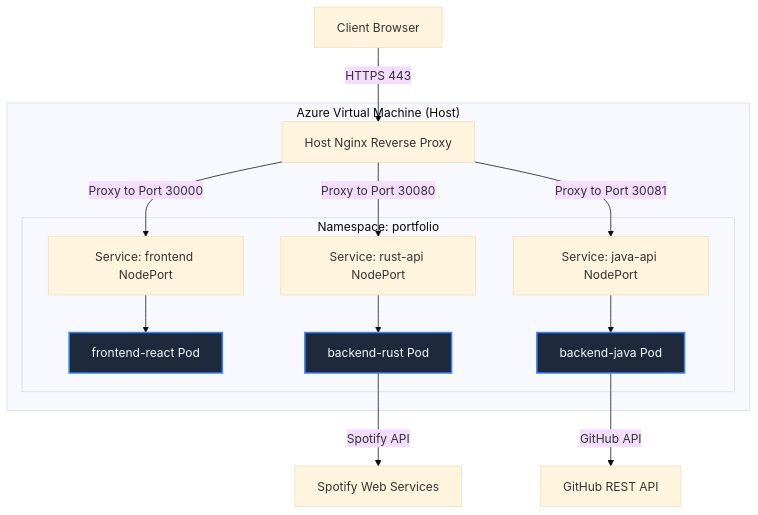
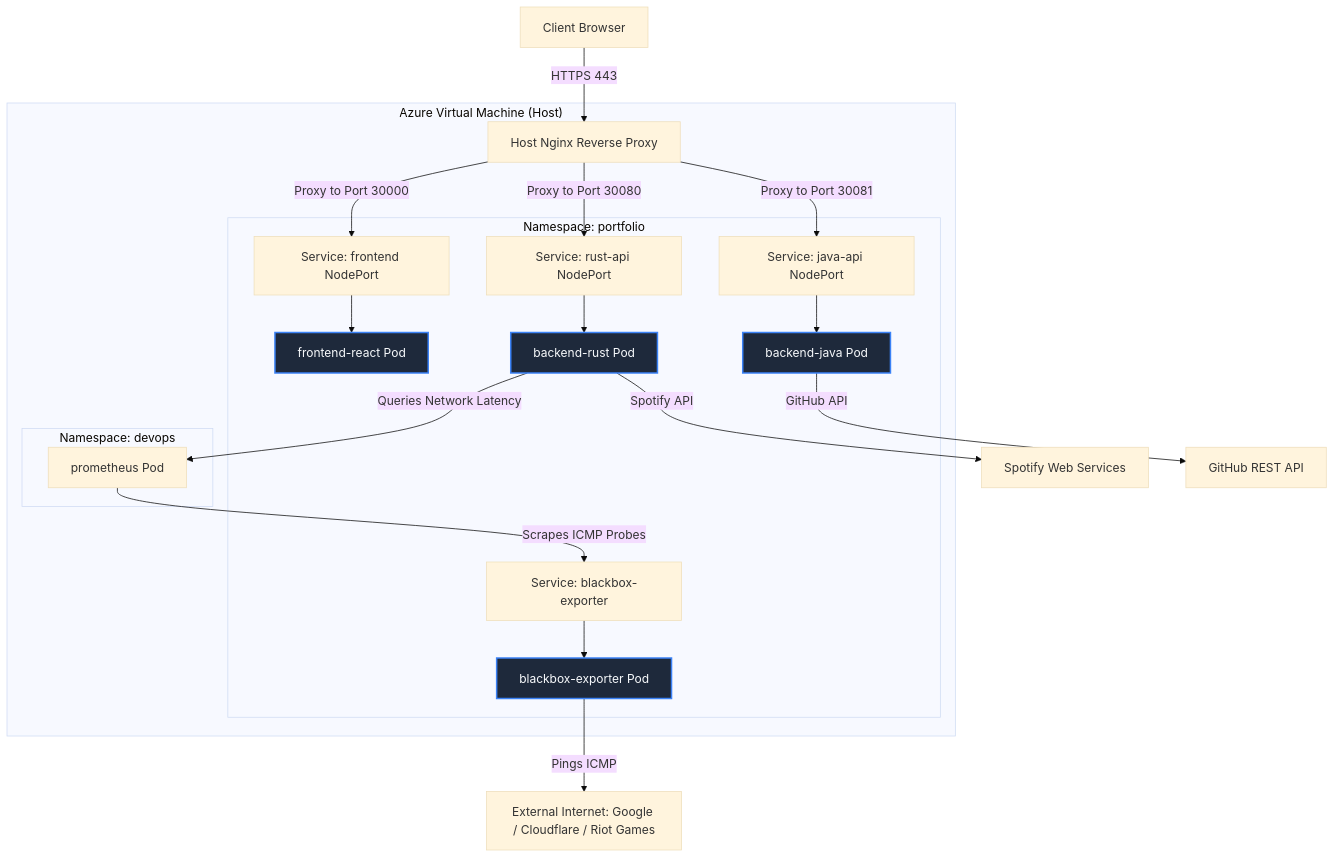
One commit to mattDev0/portfolio-monorepo changed the first of 2 diagrams in README.md. Above: the diagram before and after it, drawn with Mermaid (base theme). The commit also changed other lines of this file, not shown here.

Commit message:
docs: update README with network telemetry architecture, endpoints, and stack

````diff
--- a/README.md
+++ b/README.md
@@ -17,22 +17,30 @@
 ```mermaid
 graph TD
     Client[Client Browser] -->|HTTPS 443| Nginx[Host Nginx Reverse Proxy]
     
     subgraph "Azure Virtual Machine (Host)"
         Nginx -->|Proxy to Port 30000| K8sFE[Service: frontend NodePort]
         Nginx -->|Proxy to Port 30080| K8sRust[Service: rust-api NodePort]
         Nginx -->|Proxy to Port 30081| K8sJava[Service: java-api NodePort]
 
         subgraph "Namespace: portfolio"
             K8sFE --> FE[frontend-react Pod]
             K8sRust --> Rust[backend-rust Pod]
             K8sJava --> Java[backend-java Pod]
+            K8sBlackbox[Service: blackbox-exporter] --> Blackbox[blackbox-exporter Pod]
+        end
+
+        subgraph "Namespace: devops"
+            Prometheus[prometheus Pod]
         end
     end
 
     Rust -->|Spotify API| Spotify[Spotify Web Services]
     Java -->|GitHub API| GitHub[GitHub REST API]
+    Rust -->|Queries Network Latency| Prometheus
+    Prometheus -->|Scrapes ICMP Probes| K8sBlackbox
+    Blackbox -->|Pings ICMP| Internet[External Internet: Google / Cloudflare / Riot Games]
 
     classDef portfolio fill:#1e293b,stroke:#3b82f6,stroke-width:2px,color:#f8fafc;
-    class FE,Rust,Java portfolio;
+    class FE,Rust,Java,Blackbox portfolio;
 ```
````
